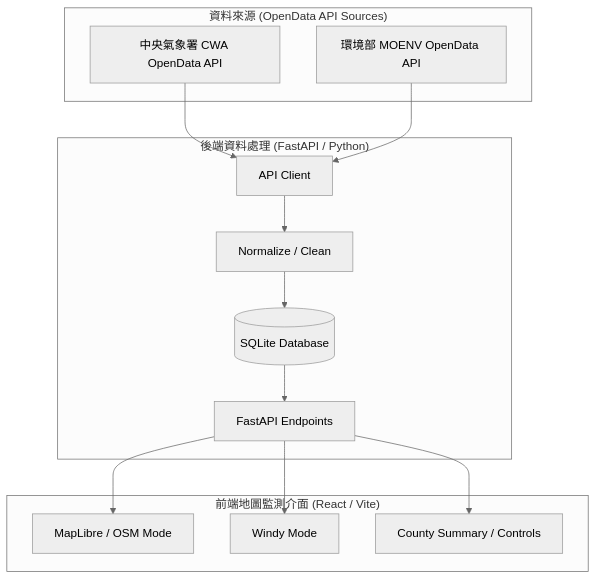
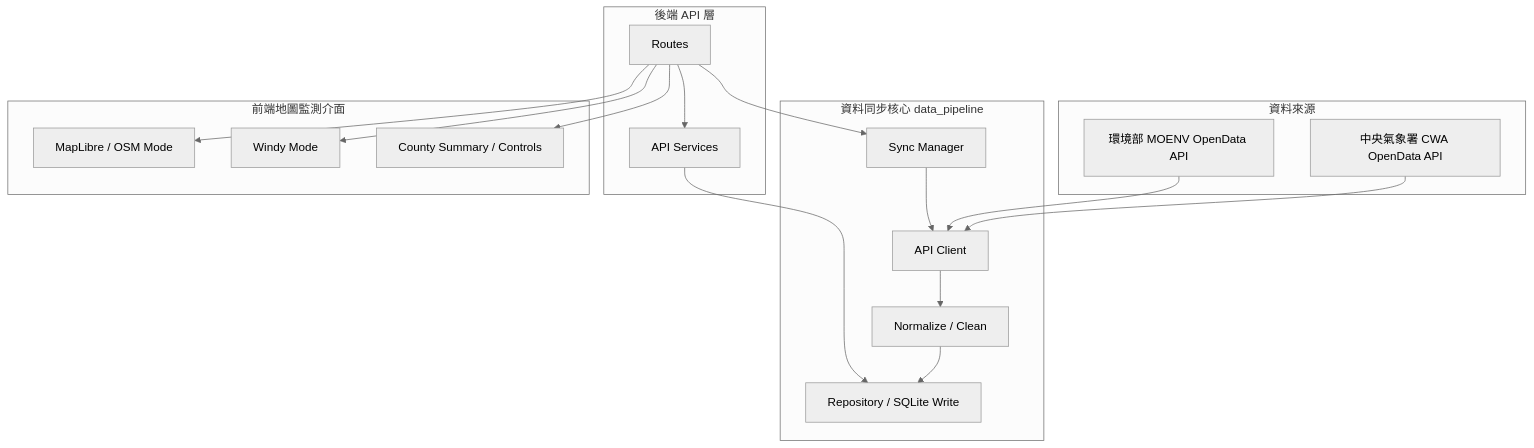
The diagram in README.md (dec591nyc/Cwa-Weather-Crawler), drawn with Mermaid (neutral theme) before and after one commit. The commit also changed other lines of this file, not shown here.

Commit message:
docs: document API route and service boundaries

````diff
--- a/README.md
+++ b/README.md
@@ -41,29 +34,37 @@
 ```mermaid
 flowchart TD
-    subgraph "資料來源 (OpenData API Sources)"
+    subgraph "資料來源"
         A[中央氣象署 CWA OpenData API]
         B[環境部 MOENV OpenData API]
     end
 
-    subgraph "後端資料處理 (FastAPI / Python)"
+    subgraph "資料同步核心 data_pipeline"
         C[API Client]
         D[Normalize / Clean]
-        E[(SQLite Database)]
-        F[FastAPI Endpoints]
+        E[Repository / SQLite Write]
+        M[Sync Manager]
     end
 
-    subgraph "前端地圖監測介面 (React / Vite)"
+    subgraph "後端 API 層"
+        R[Routes]
+        S[API Services]
+    end
+
+    subgraph "前端地圖監測介面"
         G[MapLibre / OSM Mode]
         H[Windy Mode]
         I[County Summary / Controls]
     end
 
     A --> C
     B --> C
     C --> D
     D --> E
-    E --> F
-    F --> G
-    F --> H
-    F --> I
+    M --> C
+    R --> M
+    R --> S
+    S --> E
+    R --> G
+    R --> H
+    R --> I
 ```
````
